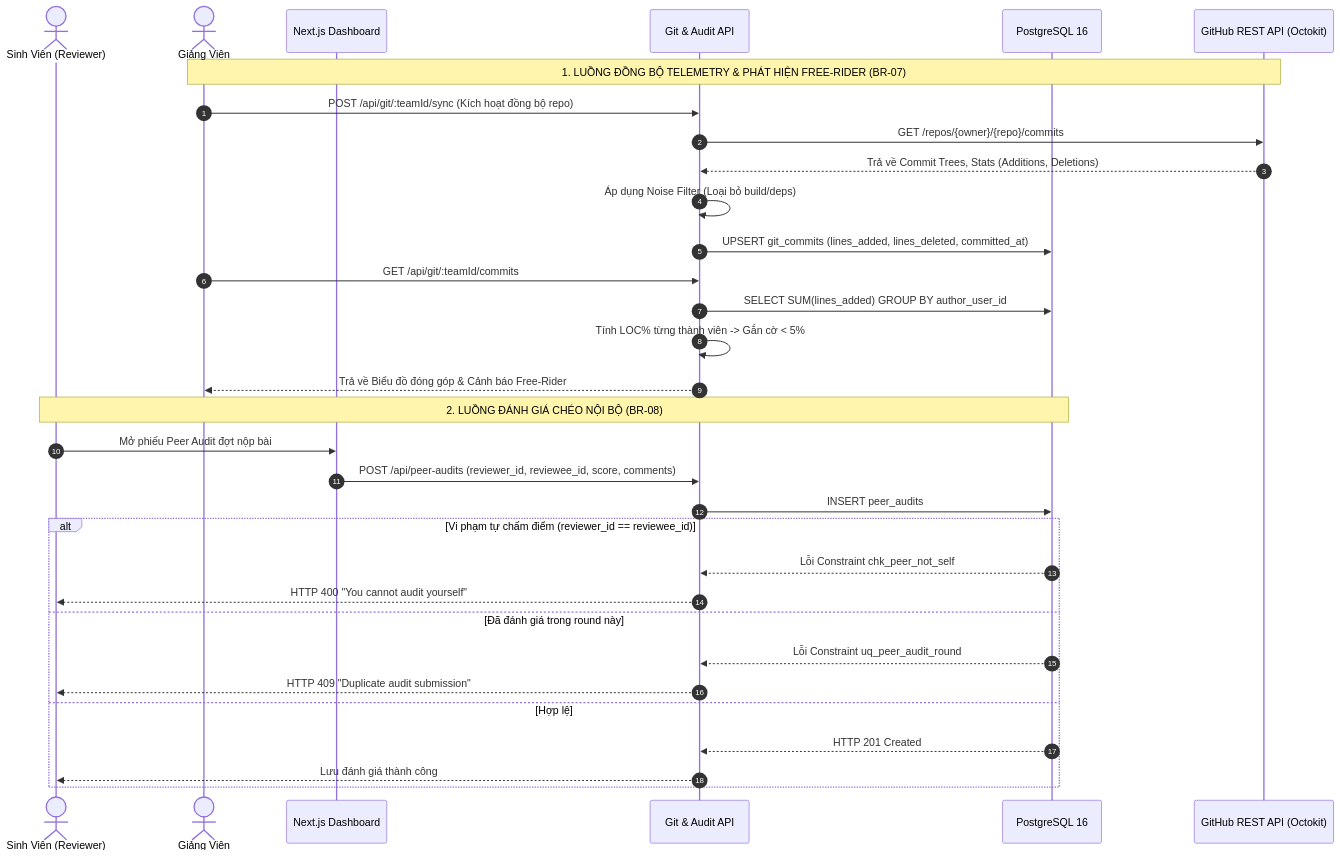
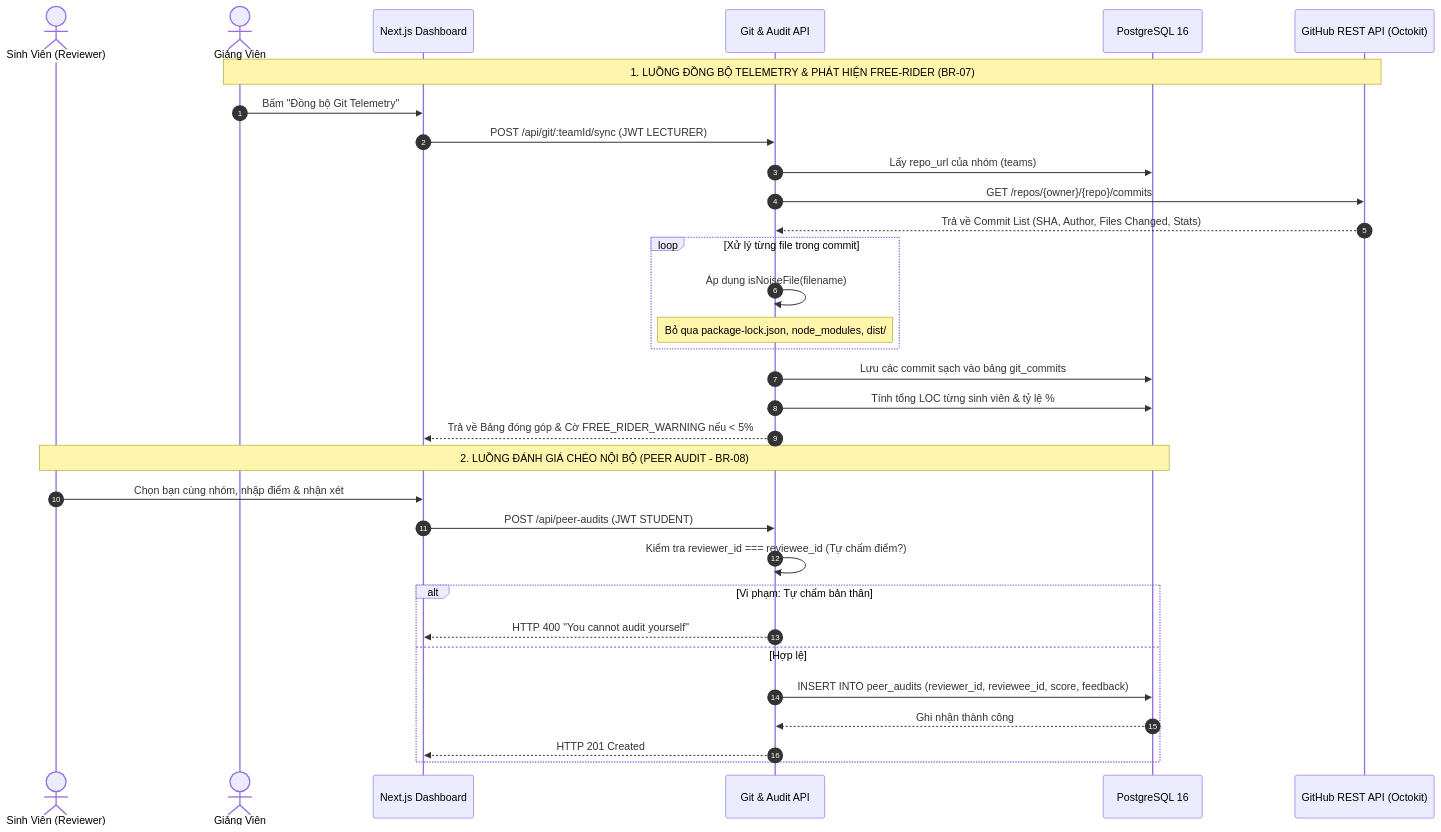
The diagram in docs/thanhvien4.md (min098-ui/SWD392_AITA-Intelligent), drawn with Mermaid before and after one commit. The commit also changed other lines of this file and 1 other file, not shown here.

````diff
--- a/docs/thanhvien4.md
+++ b/docs/thanhvien4.md
@@ -50,36 +54,36 @@
 ```mermaid
 sequenceDiagram
     autonumber
     actor SinhVien as Sinh Viên (Reviewer)
     actor GiangVien as Giảng Viên
     participant Client as Next.js Dashboard
     participant API as Git & Audit API
     participant DB as PostgreSQL 16
     participant GitHub as GitHub REST API (Octokit)
 
     Note over GiangVien, GitHub: 1. LUỒNG ĐỒNG BỘ TELEMETRY & PHÁT HIỆN FREE-RIDER (BR-07)
-    GiangVien->>API: POST /api/git/:teamId/sync (Kích hoạt đồng bộ repo)
+    GiangVien->>Client: Bấm "Đồng bộ Git Telemetry"
+    Client->>API: POST /api/git/:teamId/sync (JWT LECTURER)
+    API->>DB: Lấy repo_url của nhóm (teams)
     API->>GitHub: GET /repos/{owner}/{repo}/commits
-    GitHub-->>API: Trả về Commit Trees, Stats (Additions, Deletions)
-    API->>API: Áp dụng Noise Filter (Loại bỏ build/deps)
-    API->>DB: UPSERT git_commits (lines_added, lines_deleted, committed_at)
-    GiangVien->>API: GET /api/git/:teamId/commits
-    API->>DB: SELECT SUM(lines_added) GROUP BY author_user_id
-    API->>API: Tính LOC% từng thành viên -> Gắn cờ < 5%
-    API-->>GiangVien: Trả về Biểu đồ đóng góp & Cảnh báo Free-Rider
+    GitHub-->>API: Trả về Commit List (SHA, Author, Files Changed, Stats)
+    loop Xử lý từng file trong commit
+        API->>API: Áp dụng isNoiseFile(filename)
+        Note over API: Bỏ qua package-lock.json, node_modules, dist/
+    end
+    API->>DB: Lưu các commit sạch vào bảng git_commits
+    API->>DB: Tính tổng LOC từng sinh viên & tỷ lệ %
+    API-->>Client: Trả về Bảng đóng góp & Cờ FREE_RIDER_WARNING nếu < 5%
 
-    Note over SinhVien, DB: 2. LUỒNG ĐÁNH GIÁ CHÉO NỘI BỘ (BR-08)
-    SinhVien->>Client: Mở phiếu Peer Audit đợt nộp bài
-    Client->>API: POST /api/peer-audits (reviewer_id, reviewee_id, score, comments)
-    API->>DB: INSERT peer_audits
-    alt Vi phạm tự chấm điểm (reviewer_id == reviewee_id)
-        DB-->>API: Lỗi Constraint chk_peer_not_self
-        API-->>SinhVien: HTTP 400 "You cannot audit yourself"
-    else Đã đánh giá trong round này
-        DB-->>API: Lỗi Constraint uq_peer_audit_round
-        API-->>SinhVien: HTTP 409 "Duplicate audit submission"
+    Note over SinhVien, DB: 2. LUỒNG ĐÁNH GIÁ CHÉO NỘI BỘ (PEER AUDIT - BR-08)
+    SinhVien->>Client: Chọn bạn cùng nhóm, nhập điểm & nhận xét
+    Client->>API: POST /api/peer-audits (JWT STUDENT)
+    API->>API: Kiểm tra reviewer_id === reviewee_id (Tự chấm điểm?)
+    alt Vi phạm: Tự chấm bản thân
+        API-->>Client: HTTP 400 "You cannot audit yourself"
     else Hợp lệ
-        DB-->>API: HTTP 201 Created
-        API-->>SinhVien: Lưu đánh giá thành công
+        API->>DB: INSERT INTO peer_audits (reviewer_id, reviewee_id, score, feedback)
+        DB-->>API: Ghi nhận thành công
+        API-->>Client: HTTP 201 Created
     end
 ```
````
